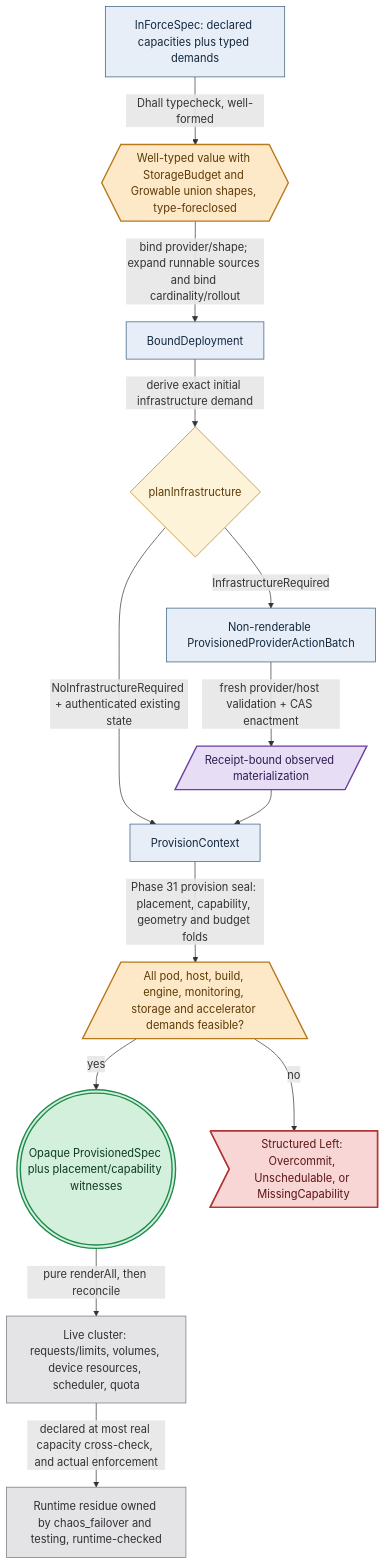
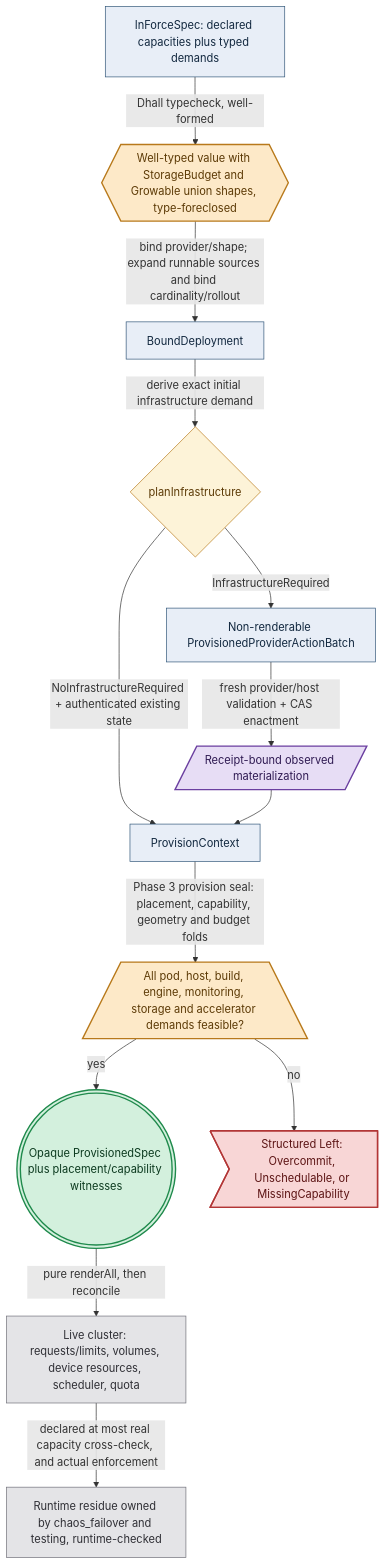
One commit to Tuee22/amoebius changed the diagram in documents/engineering/resource_capacity_doctrine.md. Above: the diagram before and after it, drawn with Mermaid. The commit also changed other lines of this file and 194 other files, not shown here.

````diff
--- a/documents/engineering/resource_capacity_doctrine.md
+++ b/documents/engineering/resource_capacity_doctrine.md
@@ -183,23 +183,23 @@
 ```mermaid
 flowchart TD
 %% register: algebra
   spec["InForceSpec: declared capacities plus typed demands"]:::intent -->|Dhall typecheck, well-formed| typed{{"Well-typed value with StorageBudget and Growable union shapes, type-foreclosed"}}:::gate
   typed -->|bind provider/shape; expand runnable sources and bind cardinality/rollout| bound["BoundDeployment"]:::intent
   bound -->|derive exact initial infrastructure demand| infra{"planInfrastructure"}:::decision
   infra -->|NoInfrastructureRequired + authenticated existing state| context["ProvisionContext"]:::intent
   infra -->|InfrastructureRequired| batch["Non-renderable ProvisionedProviderActionBatch"]:::intent
   batch -->|fresh provider/host validation + CAS enactment| receipt[/"Receipt-bound observed materialization"/]:::effect
   receipt --> context
-  context -->|Phase 31 provision seal: placement, capability, geometry and budget folds| fold[/"All pod, host, build, engine, monitoring, storage and accelerator demands feasible?"\]:::gate
+  context -->|Phase 3 provision seal: placement, capability, geometry and budget folds| fold[/"All pod, host, build, engine, monitoring, storage and accelerator demands feasible?"\]:::gate
   fold -->|yes| ir((("Opaque ProvisionedSpec plus placement/capability witnesses"))):::seal
   fold -->|no| reject>"Structured Left: Overcommit, Unschedulable, or MissingCapability"]:::refuse
   ir -->|pure renderAll, then reconcile| runtime["Live cluster: requests/limits, volumes, device resources, scheduler, quota"]:::runtime
   runtime -->|declared at most real capacity cross-check, and actual enforcement| runtime-checked["Runtime residue owned by chaos_failover and testing, runtime-checked"]:::runtime
   classDef intent   fill:#e8eef7,stroke:#33587a,color:#12283f,stroke-width:1px
   classDef gate     fill:#fde9c8,stroke:#b8791b,color:#5c3a06,stroke-width:2px
   classDef decision fill:#fdf3d8,stroke:#b8791b,color:#5c3a06,stroke-width:1px
   classDef effect   fill:#e7ddf5,stroke:#6b3fa0,color:#2f1a52,stroke-width:2px
   classDef seal     fill:#d3f0dd,stroke:#1f8a4c,color:#0c3a1f,stroke-width:2px
   classDef refuse   fill:#f8d6d6,stroke:#b23636,color:#5c1414,stroke-width:2px
   classDef runtime  fill:#e4e4e7,stroke:#71717a,color:#2f2f35,stroke-width:1px
 ```
````
